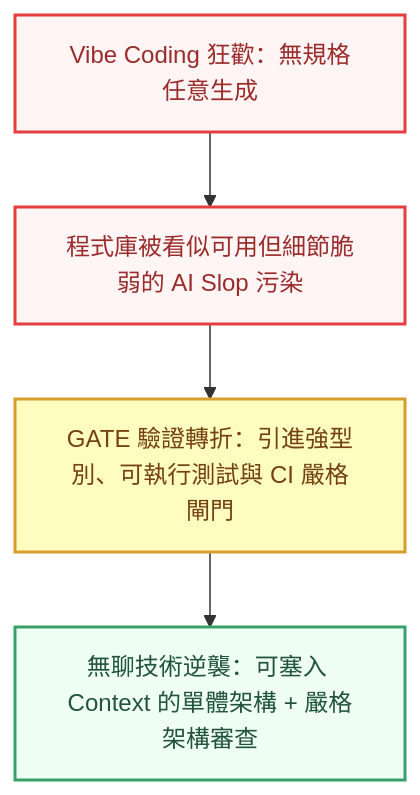
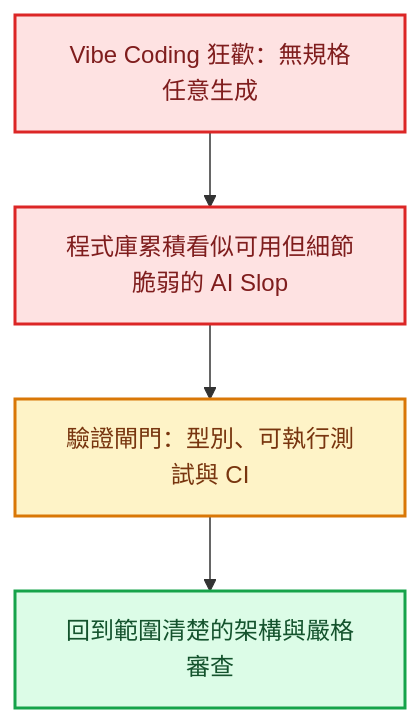
Before and after one commit to tatdt622989/blog: the diagram in source/_posts/2026-08-26-從-Vibe-Coding-狂歡到-PR-審查地獄：這幾年軟體工程界到底發生了什麼事？.md, drawn with Mermaid. The commit also changed other lines of this file and 353 other files, not shown here.

````diff
--- a/source/_posts/2026-08-26-從-Vibe-Coding-狂歡到-PR-審查地獄：這幾年軟體工程界到底發生了什麼事？.md
+++ b/source/_posts/2026-08-26-從-Vibe-Coding-狂歡到-PR-審查地獄：這幾年軟體工程界到底發生了什麼事？.md
@@ -55,16 +59,15 @@
 ```mermaid
 flowchart TD
-    classDef red fill:#FFF5F5,stroke:#E53E3E,stroke-width:2px,color:#9B2C2C;
-    classDef yellow fill:#FEFCBF,stroke:#D69E2E,stroke-width:2px,color:#744210;
-    classDef purple fill:#FAF5FF,stroke:#805AD5,stroke-width:2px,color:#553C9A;
-    classDef green fill:#F0FFF4,stroke:#38A169,stroke-width:2px,color:#22543D;
+    classDef patch fill:#fee2e2,stroke:#dc2626,stroke-width:2px,color:#7f1d1d;
+    classDef gate fill:#fef3c7,stroke:#d97706,stroke-width:2px,color:#78350f;
+    classDef test fill:#dcfce7,stroke:#16a34a,stroke-width:2px,color:#14532d;
 
-    P1["Vibe Coding 狂歡：無規格任意生成"]:::red
-    P2["程式庫被看似可用但細節脆弱的 AI Slop 污染"]:::red
-    P3["GATE 驗證轉折：引進強型別、可執行測試與 CI 嚴格閘門"]:::yellow
-    P4["無聊技術逆襲：可塞入 Context 的單體架構 + 嚴格架構審查"]:::green
+    P1["Vibe Coding 狂歡：無規格任意生成"]:::patch
+    P2["程式庫累積看似可用但細節脆弱的 AI Slop"]:::patch
+    P3["驗證閘門：型別、可執行測試與 CI"]:::gate
+    P4["回到範圍清楚的架構與嚴格審查"]:::test
 
     P1 --> P2
     P2 --> P3
     P3 --> P4
 ```
````
